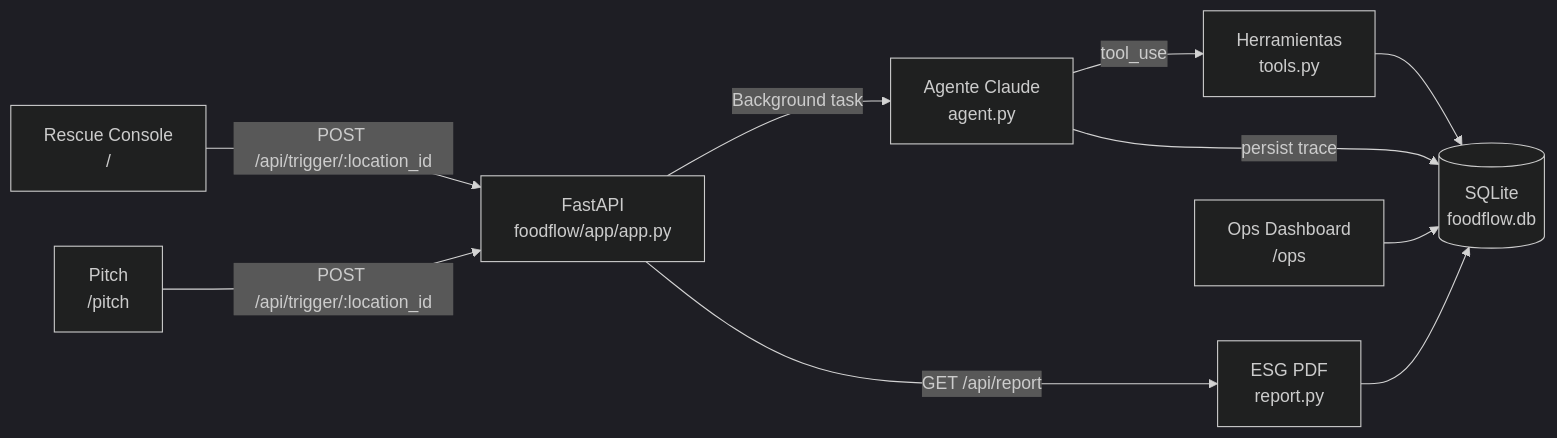
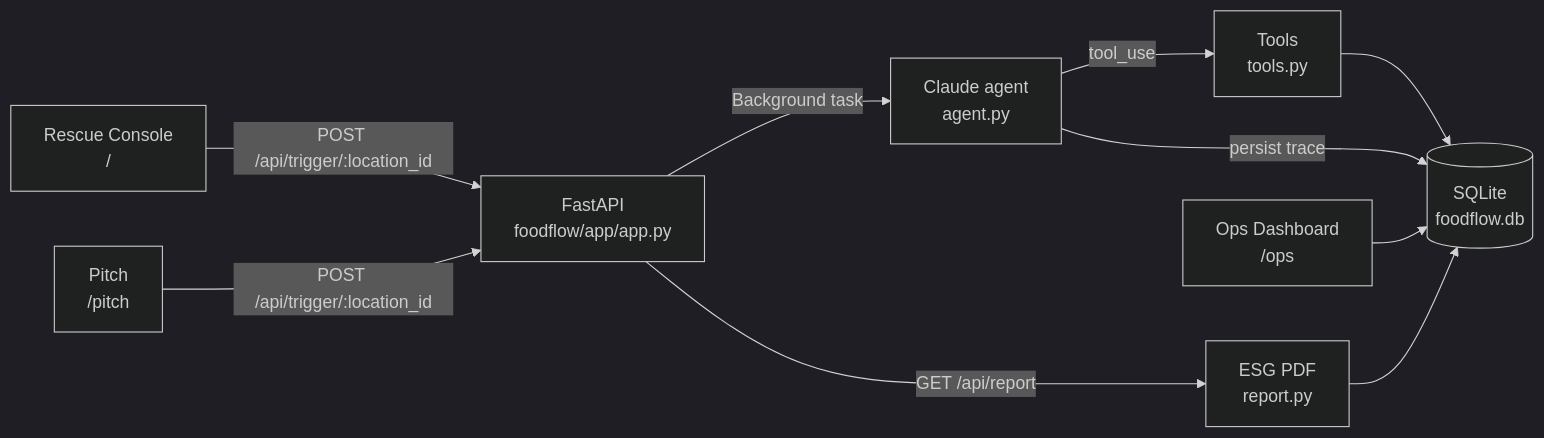
The second of 4 diagrams in README.md (jarmancarrera/foodflow-ai), drawn with Mermaid (dark theme) before and after one commit. The commit also changed other lines of this file and 13 other files, not shown here.

````diff
--- a/README.md
+++ b/README.md
@@ -113,21 +123,21 @@
 ```mermaid
 flowchart LR
   UI["Rescue Console\n/"]
   OPS["Ops Dashboard\n/ops"]
   PITCH["Pitch\n/pitch"]
   API["FastAPI\nfoodflow/app/app.py"]
-  AGENT["Agente Claude\nagent.py"]
-  TOOLS["Herramientas\ntools.py"]
+  AGENT["Claude agent\nagent.py"]
+  TOOLS["Tools\ntools.py"]
   DB[("SQLite\nfoodflow.db")]
   PDF["ESG PDF\nreport.py"]
 
   UI -->|"POST /api/trigger/:location_id"| API
   PITCH -->|"POST /api/trigger/:location_id"| API
   API -->|Background task| AGENT
   AGENT -->|tool_use| TOOLS
   TOOLS --> DB
   AGENT -->|persist trace| DB
   OPS --> DB
   API -->|GET /api/report| PDF
   PDF --> DB
 ```
````
